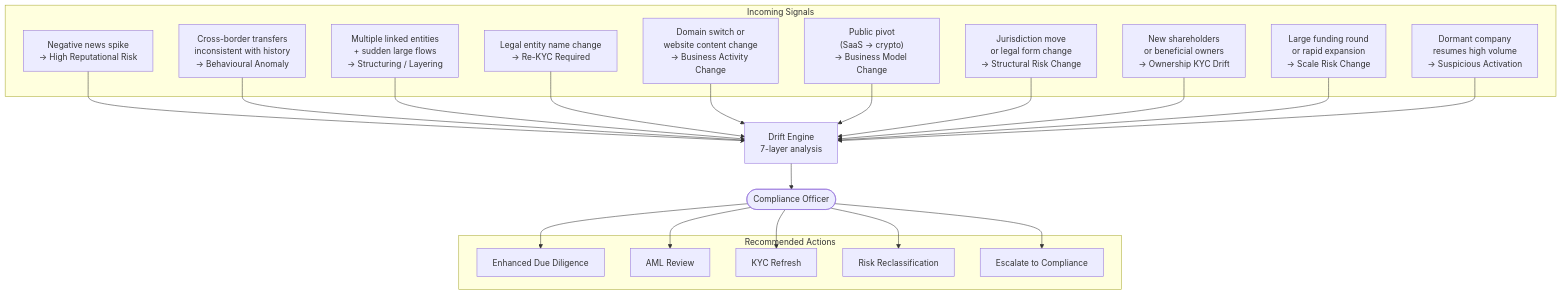
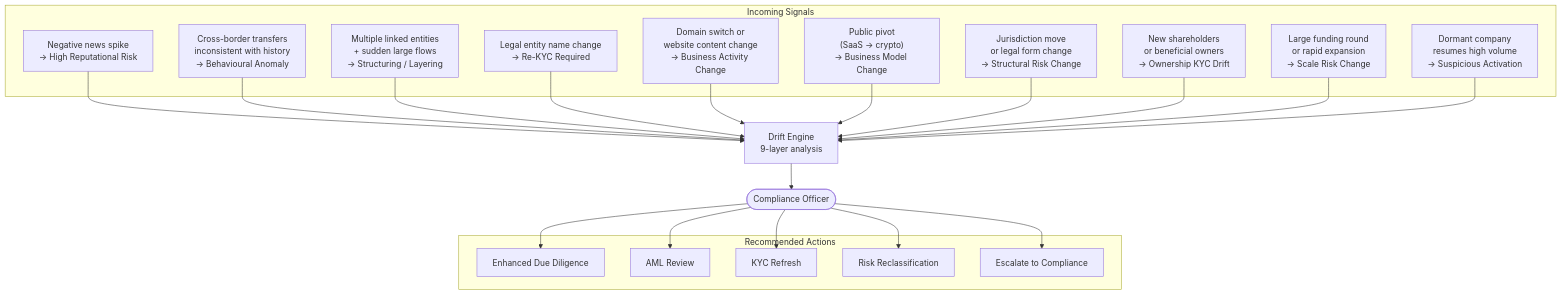
The first of 6 diagrams in docs/flows.md (SteveDok22/Swisshacks-2026), drawn with Mermaid before and after one commit. The commit also changed other lines of this file and 258 other files, not shown here.

````diff
--- a/docs/flows.md
+++ b/docs/flows.md
@@ -7,31 +7,31 @@
 ```mermaid
 flowchart TD
     subgraph Signals["Incoming Signals"]
         S1["Negative news spike\n→ High Reputational Risk"]
         S2["Cross-border transfers\ninconsistent with history\n→ Behavioural Anomaly"]
         S3["Multiple linked entities\n+ sudden large flows\n→ Structuring / Layering"]
         S4["Legal entity name change\n→ Re-KYC Required"]
         S5["Domain switch or\nwebsite content change\n→ Business Activity Change"]
         S6["Public pivot\n(SaaS → crypto)\n→ Business Model Change"]
         S7["Jurisdiction move\nor legal form change\n→ Structural Risk Change"]
         S8["New shareholders\nor beneficial owners\n→ Ownership KYC Drift"]
         S9["Large funding round\nor rapid expansion\n→ Scale Risk Change"]
         S10["Dormant company\nresumes high volume\n→ Suspicious Activation"]
     end
 
-    Engine["Drift Engine\n7-layer analysis"]
+    Engine["Drift Engine\n9-layer analysis"]
     Officer(["Compliance Officer"])
 
     S1 & S2 & S3 & S4 & S5 & S6 & S7 & S8 & S9 & S10 --> Engine
     Engine --> Officer
 
     subgraph Actions["Recommended Actions"]
         A1["Enhanced Due Diligence"]
         A2["AML Review"]
         A3["KYC Refresh"]
         A4["Risk Reclassification"]
         A5["Escalate to Compliance"]
     end
 
     Officer --> A1 & A2 & A3 & A4 & A5
 ```
````
